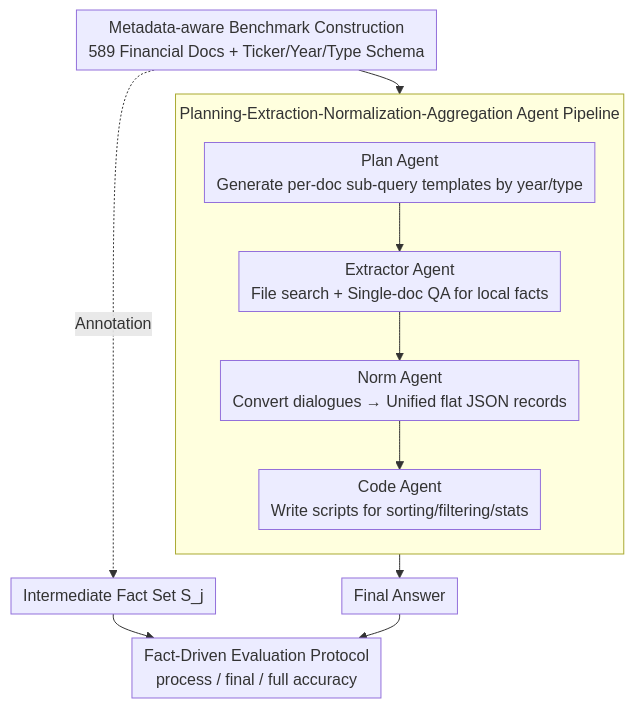
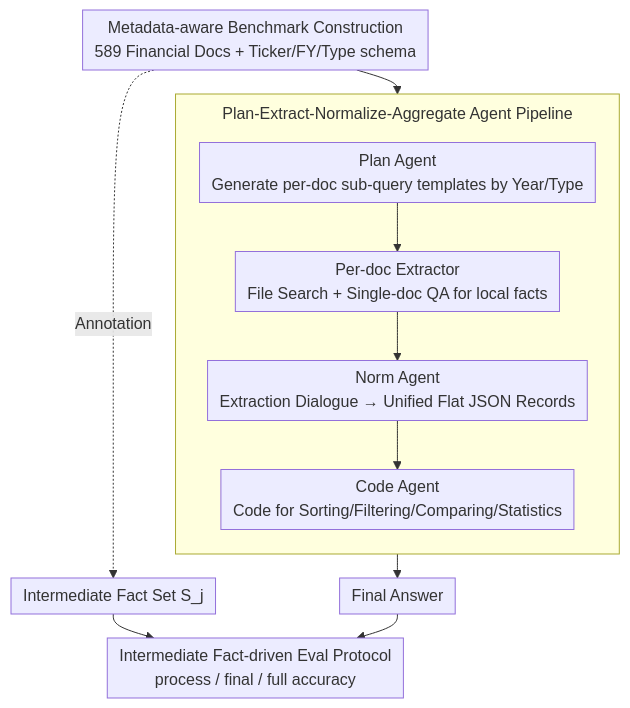
The diagram in docs/ACL2026/information_retrieval/navigating_large-scale_document_collections_mudabench_for_multi-document_analyti.md (zhaoyang97/Paper-Notes-en), drawn with Mermaid before and after one commit. The commit also changed other lines of this file and 5084 other files, not shown here.

````diff
--- a/docs/ACL2026/information_retrieval/navigating_large-scale_document_collections_mudabench_for_multi-document_analyti.md
+++ b/docs/ACL2026/information_retrieval/navigating_large-scale_document_collections_mudabench_for_multi-document_analyti.md
@@ -43,15 +43,15 @@
 ```mermaid
 %%{init: {'flowchart': {'rankSpacing': 24, 'nodeSpacing': 28, 'padding': 6, 'wrappingWidth': 400, 'subGraphTitleMargin': {'top': 8, 'bottom': 16}}}}%%
 flowchart TD
-    A["Metadata-aware Benchmark Construction<br/>589 Financial Docs + Ticker/Year/Type Schema"] --> P
+    A["Metadata-aware Benchmark Construction<br/>589 Financial Docs + Ticker/FY/Type schema"] --> P
     A -. Annotation .-> S["Intermediate Fact Set S_j"]
-    subgraph WF["Planning-Extraction-Normalization-Aggregation Agent Pipeline"]
+    subgraph WF["Plan-Extract-Normalize-Aggregate Agent Pipeline"]
         direction TB
-        P["Plan Agent<br/>Generate per-doc sub-query templates by year/type"] --> E["Extractor Agent<br/>File search + Single-doc QA for local facts"]
-        E --> N["Norm Agent<br/>Convert dialogues → Unified flat JSON records"]
-        N --> C["Code Agent<br/>Write scripts for sorting/filtering/stats"]
+        P["Plan Agent<br/>Generate per-doc sub-query templates by Year/Type"] --> E["Per-doc Extractor<br/>File Search + Single-doc QA for local facts"]
+        E --> N["Norm Agent<br/>Extraction Dialogue → Unified Flat JSON Records"]
+        N --> C["Code Agent<br/>Code for Sorting/Filtering/Comparing/Statistics"]
     end
     C --> ANS["Final Answer"]
-    S --> EVAL["Fact-Driven Evaluation Protocol<br/>process / final / full accuracy"]
+    S --> EVAL["Intermediate Fact-driven Eval Protocol<br/>process / final / full accuracy"]
     ANS --> EVAL
 ```
````
